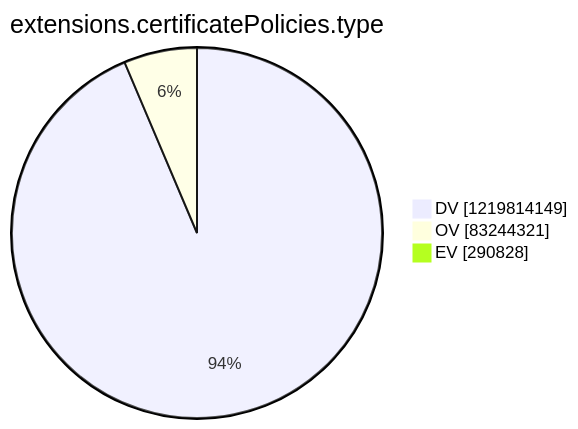
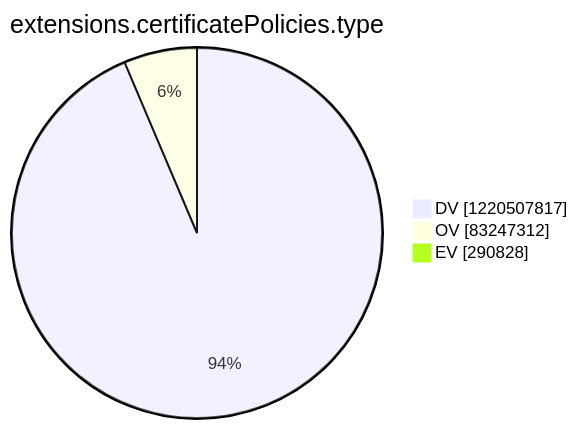
One commit to christiankrug/ctmonitor_visualization changed the tenth of 15 diagrams in argon2022/README.md. Above: the diagram before and after it, drawn with Mermaid. The commit also changed other lines of this file, not shown here.

````diff
--- a/argon2022/README.md
+++ b/argon2022/README.md
@@ -2769,7 +2769,7 @@
 ```mermaid
 pie showData
 title extensions.certificatePolicies.type
-"DV" :1219814149
-"OV" :83244321
+"DV" :1220507817
+"OV" :83247312
 "EV" :290828
 ```
````
